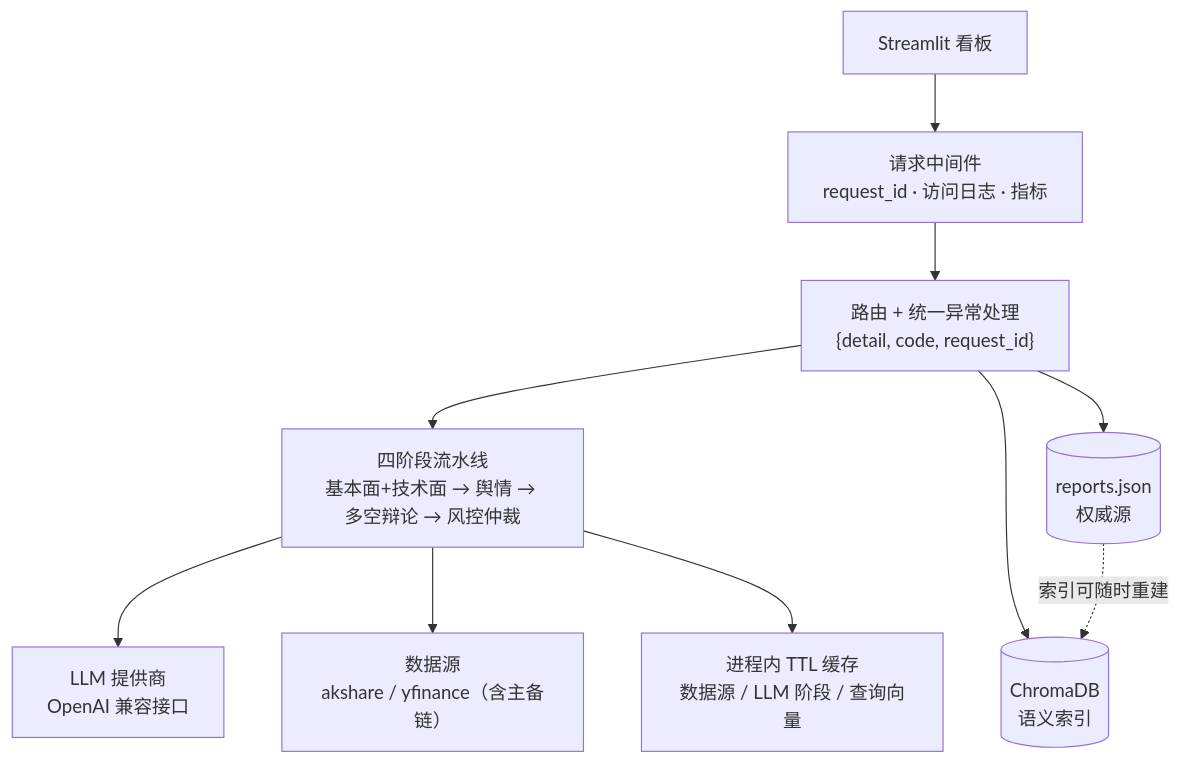
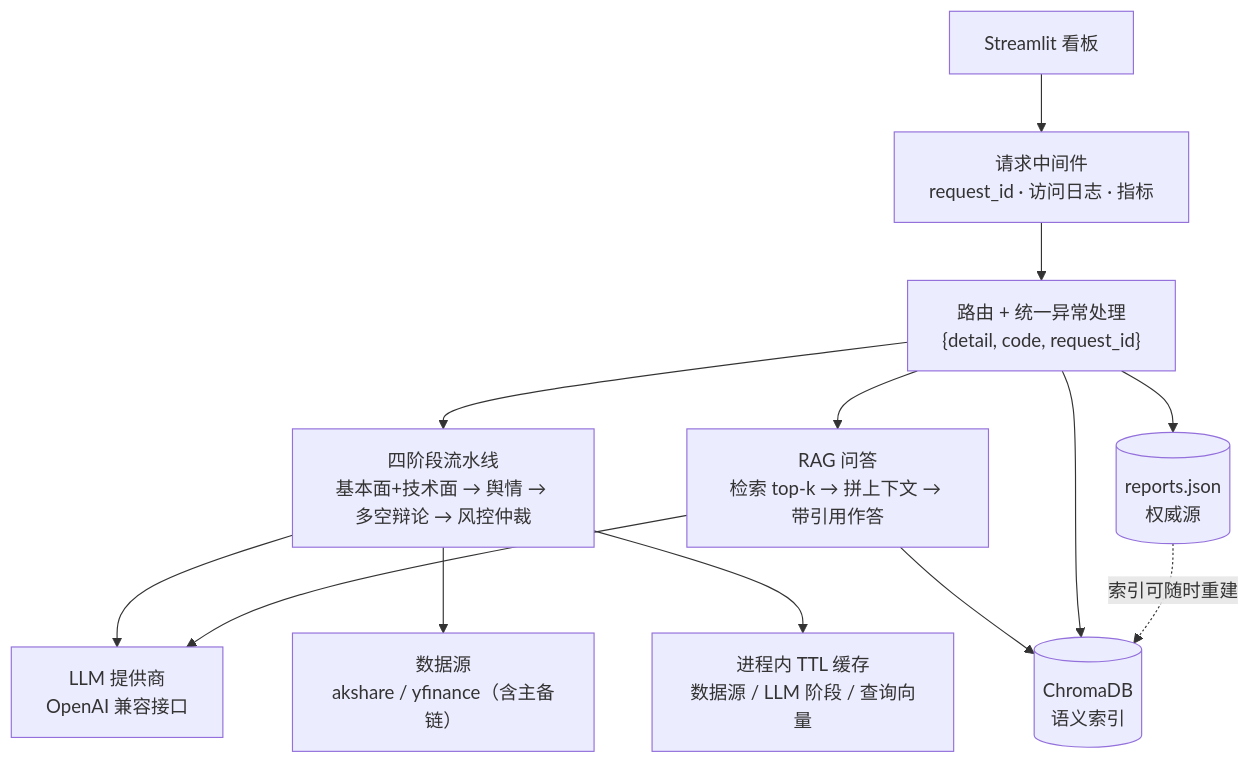
Before and after one commit to yelaing/finance-ai-analyst: the diagram in README.md, drawn with Mermaid. The commit also changed other lines of this file, not shown here.

Commit message:
docs: README 补充 RAG、Docker 与检索评测

````diff
--- a/README.md
+++ b/README.md
@@ -20,12 +23,15 @@
 ```mermaid
 flowchart TB
     UI["Streamlit 看板"] --> MW["请求中间件<br/>request_id · 访问日志 · 指标"]
     MW --> ROUTES["路由 + 统一异常处理<br/>{detail, code, request_id}"]
     ROUTES --> PIPE["四阶段流水线<br/>基本面+技术面 → 舆情 → 多空辩论 → 风控仲裁"]
     PIPE --> LLM["LLM 提供商<br/>OpenAI 兼容接口"]
     PIPE --> SRC["数据源<br/>akshare / yfinance（含主备链）"]
     PIPE --> CACHE["进程内 TTL 缓存<br/>数据源 / LLM 阶段 / 查询向量"]
+    ROUTES --> QA["RAG 问答<br/>检索 top-k → 拼上下文 → 带引用作答"]
+    QA --> CHROMA
+    QA --> LLM
     ROUTES --> JSON[("reports.json<br/>权威源")]
     ROUTES --> CHROMA[("ChromaDB<br/>语义索引")]
     JSON -.->|索引可随时重建| CHROMA
 ```
````
